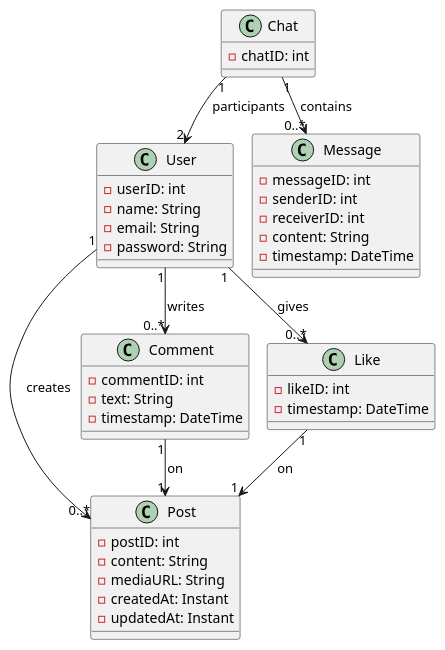
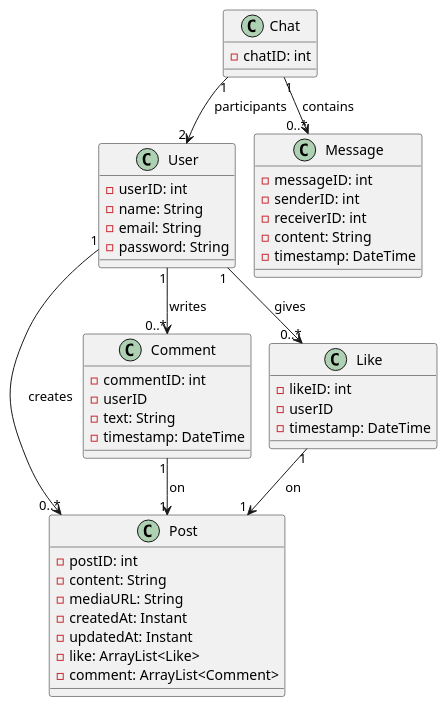
Before and after one commit to implaymo/Social-Media-Platform: the diagram in Diagrams/ClassDiagram.puml, drawn with PlantUML. The commit also changed 6 other files, not shown here.

Commit message:
Update ClassDiagram.puml and moved system and sequence diagrams for new directory.

```diff
--- a/Diagrams/ClassDiagram.puml
+++ b/Diagrams/ClassDiagram.puml
@@ -1,67 +1,71 @@
 @startuml
 !pragma layout smetana
 
 ' ======================
 ' Domain Entities
 ' ======================
 
 class User {
   - userID: int
   - name: String
   - email: String
   - password: String
 }
 
 class Post {
   - postID: int
   - content: String
   - mediaURL: String
   - createdAt: Instant
   - updatedAt: Instant
+  - like: ArrayList<Like>
+  - comment: ArrayList<Comment>
 }
 
 class Comment {
   - commentID: int
+  - userID
   - text: String
   - timestamp: DateTime
 }
 
 class Like {
   - likeID: int
+  - userID
   - timestamp: DateTime
 }
 
 class Chat {
   - chatID: int
 }
 
 class Message {
   - messageID: int
   - senderID: int
   - receiverID: int
   - content: String
   - timestamp: DateTime
 }
 
 ' ======================
 ' Relationships Between Entities
 ' ======================
 
 ' A User creates many Posts; each Post belongs to one User.
 User "1" --> "0..*" Post : creates
 
 ' A User writes many Comments; each Comment is written by one User and on one Post.
 User "1" --> "0..*" Comment : writes
 Comment "1" --> "1" Post : on
 
 ' A User gives many Likes; each Like is by one User on one Post.
 User "1" --> "0..*" Like : gives
 Like "1" --> "1" Post : on
 
 ' A Chat involves two Users (simplified for now as a direct association).
 Chat "1" --> "2" User : participants
 
 ' A Chat contains many Messages; each Message belongs to one Chat.
 Chat "1" --> "0..*" Message : contains
 
 @enduml
```
